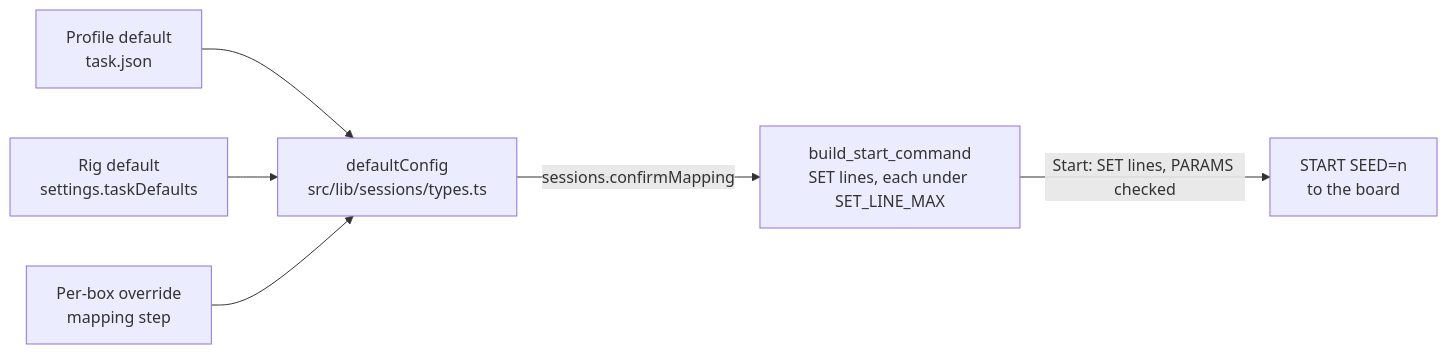
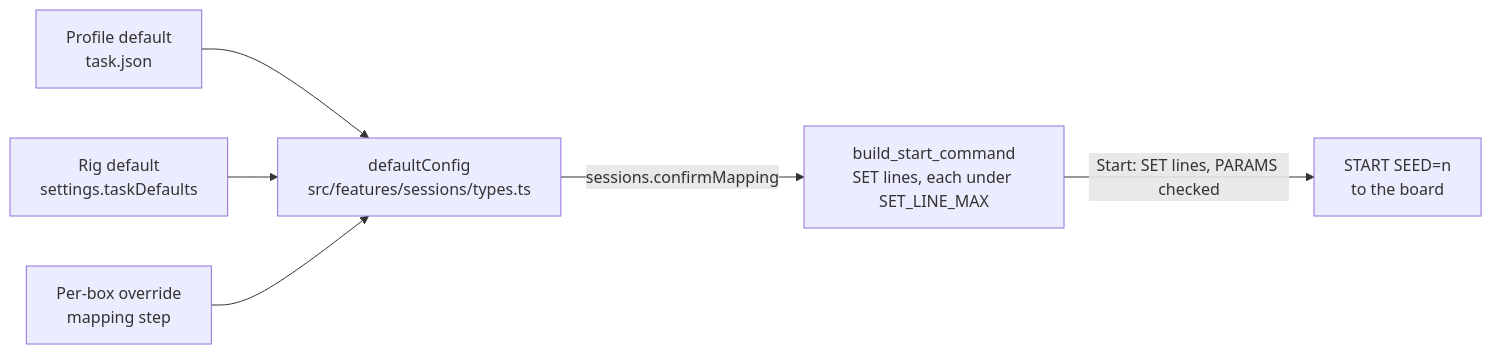
Before and after one commit to Chase-NJ/Ephymeris: the fifth of 7 diagrams in docs/TASKS.md, drawn with Mermaid. The commit also changed other lines of this file and 689 other files, not shown here.

````diff
--- a/docs/TASKS.md
+++ b/docs/TASKS.md
@@ -357,8 +357,8 @@
 ```mermaid
 flowchart LR
-    profileDefault["Profile default<br/>task.json"] --> merge["defaultConfig<br/>src/lib/sessions/types.ts"]
+    profileDefault["Profile default<br/>task.json"] --> merge["defaultConfig<br/>src/features/sessions/types.ts"]
     rigDefault["Rig default<br/>settings.taskDefaults"] --> merge
     override["Per-box override<br/>mapping step"] --> merge
     merge -->|"sessions.confirmMapping"| build["build_start_command<br/>SET lines, each under SET_LINE_MAX"]
     build -->|"Start: SET lines, PARAMS checked"| line["START SEED=n<br/>to the board"]
 ```
````
